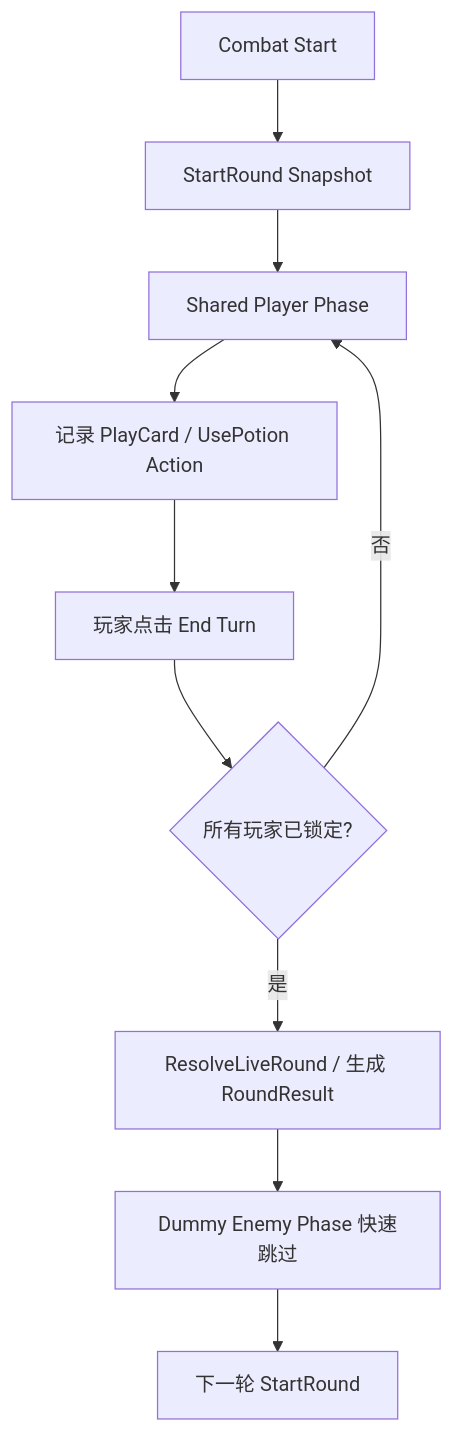
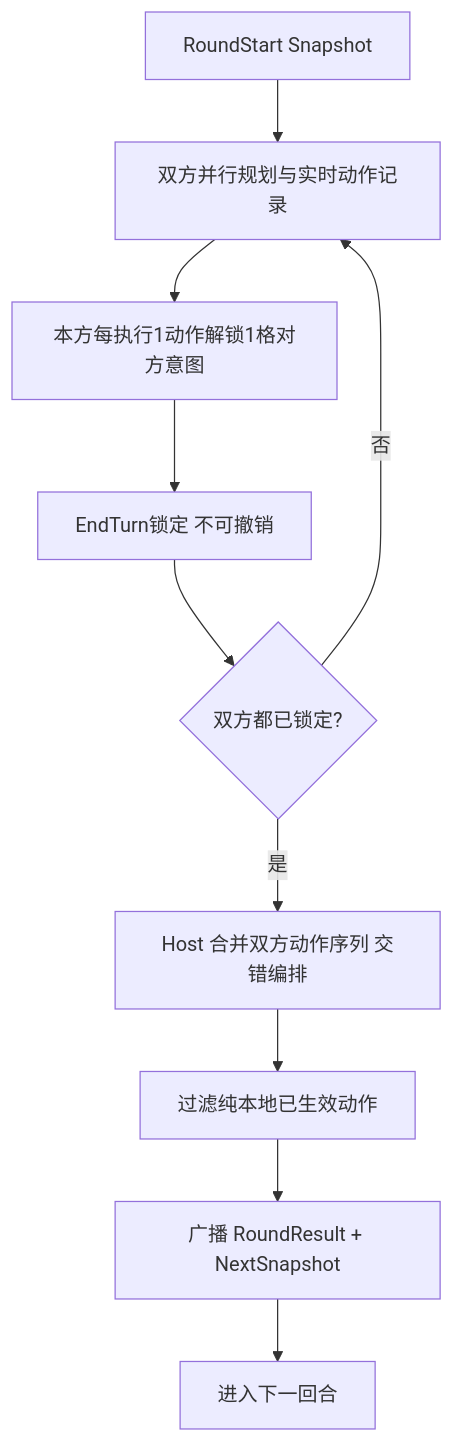
One commit to Jianbao233/sts2-parallel-turn-pvp changed the second of 3 diagrams in 执行计划.md. Above: the diagram before and after it, drawn with Mermaid. The commit also changed other lines of this file and 51 other files, not shown here.

Commit message:
ParallelTurnPvp checkpoint: host-authority sync and shop debug

````diff
--- a/执行计划.md
+++ b/执行计划.md
@@ -86,12 +99,12 @@
 ```mermaid
 flowchart TD
-    A[Combat Start] --> B[StartRound Snapshot]
-    B --> C[Shared Player Phase]
-    C --> D[记录 PlayCard / UsePotion Action]
-    D --> E[玩家点击 End Turn]
-    E --> F{所有玩家已锁定?}
-    F -->|否| C
-    F -->|是| G[ResolveLiveRound / 生成 RoundResult]
-    G --> H[Dummy Enemy Phase 快速跳过]
-    H --> I[下一轮 StartRound]
+    A[RoundStart Snapshot] --> B[双方并行规划与实时动作记录]
+    B --> C[本方每执行1动作解锁1格对方意图]
+    C --> D[EndTurn锁定 不可撤销]
+    D --> E{双方都已锁定?}
+    E -->|否| B
+    E -->|是| F[Host 合并双方动作序列 交错编排]
+    F --> G[过滤纯本地已生效动作]
+    G --> H[广播 RoundResult + NextSnapshot]
+    H --> I[进入下一回合]
 ```
````
